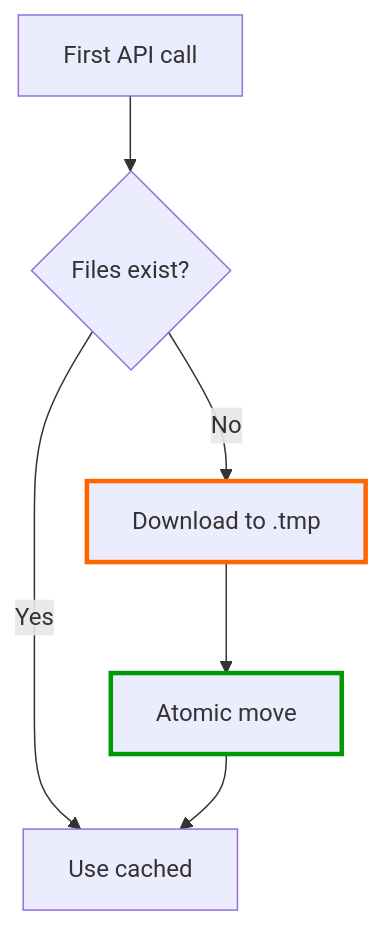
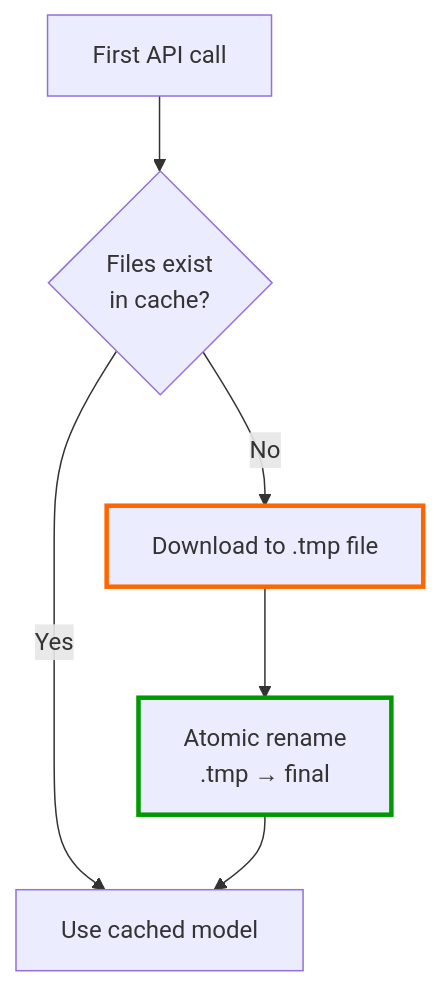
The fifth of 7 diagrams in Mostlylucid/Markdown/simple-ocr-ner-nuget.md (Shaddix/mostlylucidweb), drawn with Mermaid before and after one commit. The commit also changed other lines of this file and 25 other files, not shown here.

````diff
--- a/Mostlylucid/Markdown/simple-ocr-ner-nuget.md
+++ b/Mostlylucid/Markdown/simple-ocr-ner-nuget.md
@@ -314,17 +650,17 @@
 ```mermaid
 flowchart TD
     CALL["First API call"]
-    CHECK{"Files exist?"}
-    YES[Use cached]
-    NO["Download to .tmp"]
-    MOVE["Atomic move"]
+    CHECK{"Files exist<br>in cache?"}
+    YES[Use cached model]
+    NO["Download to .tmp file"]
+    MOVE["Atomic rename<br>.tmp → final"]
 
     CALL --> CHECK
     CHECK -->|Yes| YES
     CHECK -->|No| NO
     NO --> MOVE
     MOVE --> YES
 
     style NO stroke:#f60,stroke-width:3px
     style MOVE stroke:#090,stroke-width:3px
 ```
````
